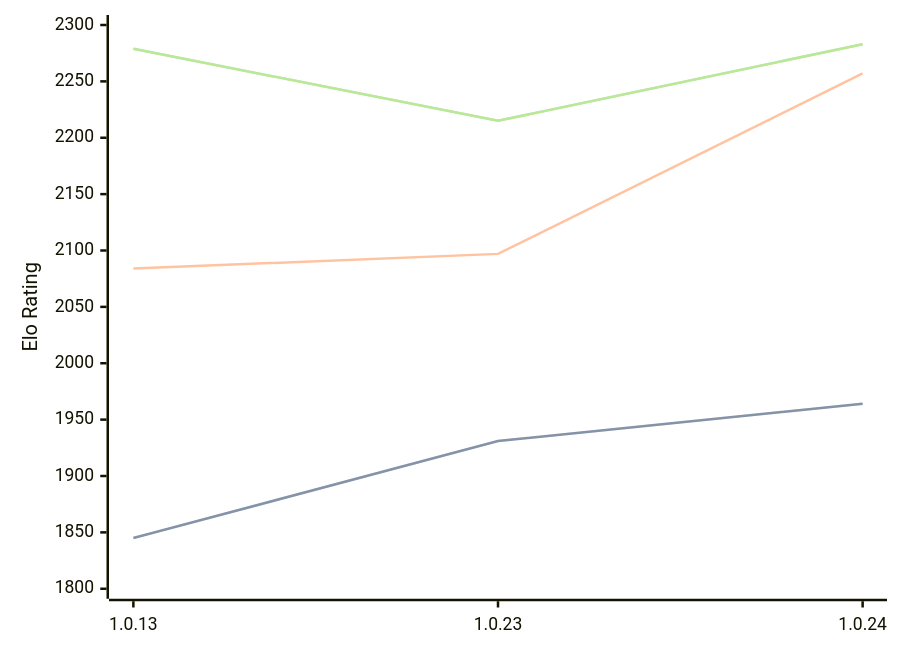
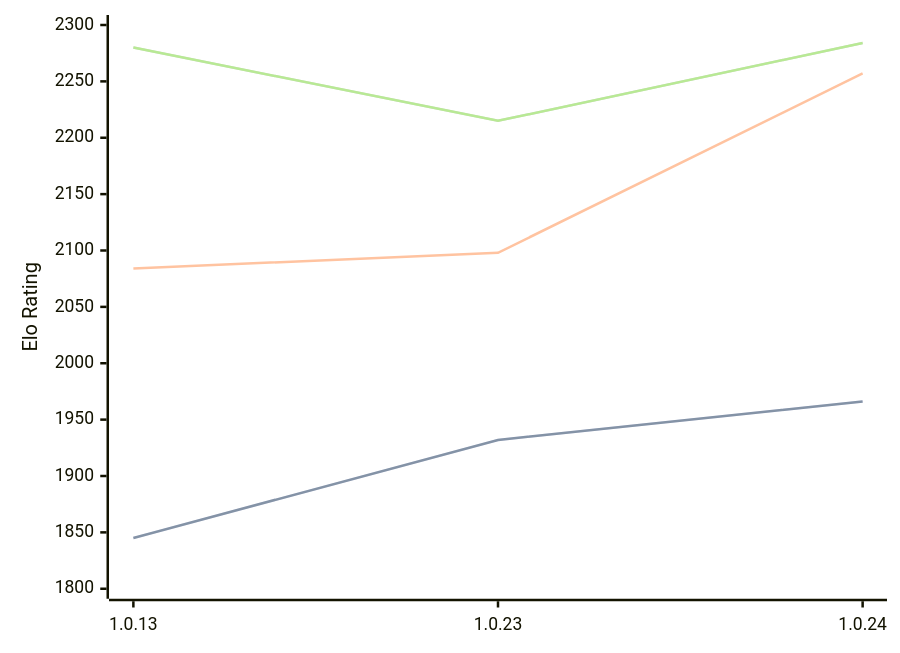
Before and after one commit to computer-chess-index/cci: the diagram in engines/RustyRival.md, drawn with Mermaid. The commit also changed other lines of this file, not shown here.

Commit message:
Update CCI Ratings (ELO VLTC) - 2026-02-18

````diff
--- a/engines/RustyRival.md
+++ b/engines/RustyRival.md
@@ -53,11 +53,11 @@
 ```mermaid
 %%{init: {"theme":"base","themeVariables":{"seriesColors:['#a3a3a3','#222221','#faa371']}}}%%
 xychart-beta
   x-axis ["1.0.13", "1.0.23", "1.0.24"]
   y-axis "Elo Rating" 1800 --> 2300
-  line "STC (8.0+0.08s)" [1845, 1931, 1964]
-  line "STC (8.0+0.08s)" [1845, 1931, 1964]
-  line "LTC (60.0+0.60s)" [2084, 2097, 2257]
-  line "VLTC (2m24s+1.12s)" [2279, 2215, 2283]
-  line "VLTC (2m24s+1.12s)" [2279, 2215, 2283]
+  line "STC (8.0+0.08s)" [1845, 1932, 1966]
+  line "STC (8.0+0.08s)" [1845, 1932, 1966]
+  line "LTC (60.0+0.60s)" [2084, 2098, 2257]
+  line "VLTC (2m24s+1.12s)" [2280, 2215, 2284]
+  line "VLTC (2m24s+1.12s)" [2280, 2215, 2284]
 ```
````
